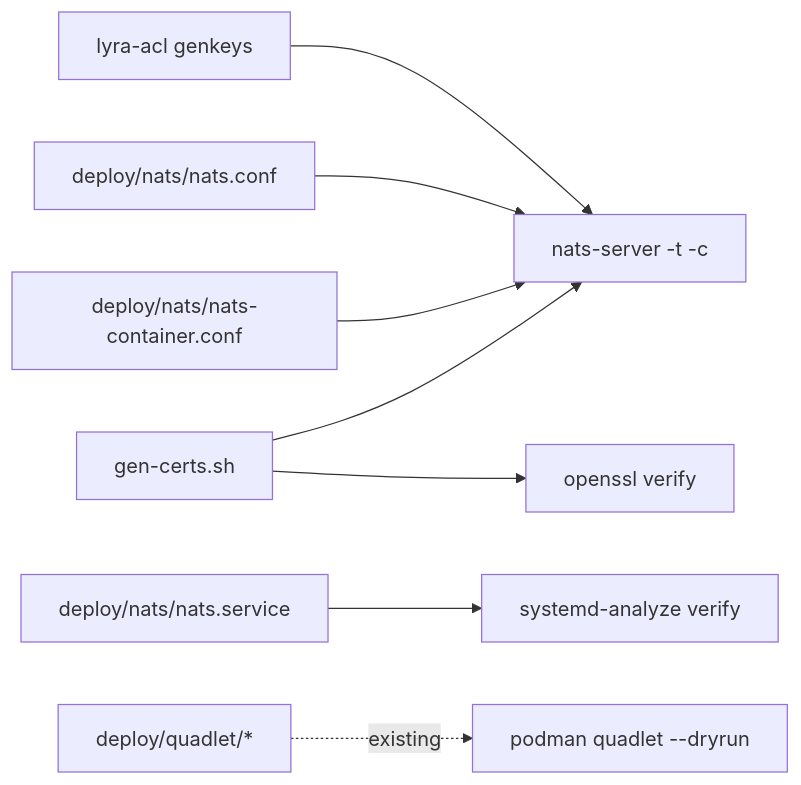
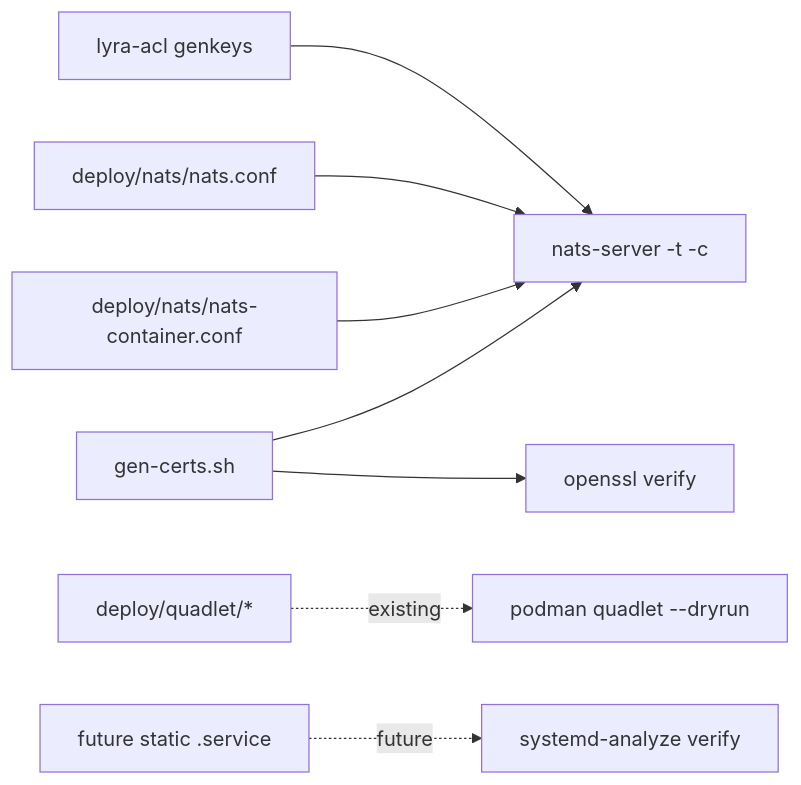
The diagram in artifacts/specs/1091-renderer-roundtrip-tests-spec.mdx (Roxabi/lyra), drawn with Mermaid before and after one commit. The commit also changed other lines of this file and 2 other files, not shown here.

First line of the commit message:
fix(scope): drop J4 systemd target; nats.service is retired (#1091)

````diff
--- a/artifacts/specs/1091-renderer-roundtrip-tests-spec.mdx
+++ b/artifacts/specs/1091-renderer-roundtrip-tests-spec.mdx
@@ -38,10 +38,10 @@
 ```mermaid
 flowchart LR
     R1[lyra-acl genkeys] --> N[nats-server -t -c]
     R2[deploy/nats/nats.conf] --> N
     R3[deploy/nats/nats-container.conf] --> N
     R4[gen-certs.sh] --> O[openssl verify]
     R4 --> N
-    R5[deploy/nats/nats.service] --> S[systemd-analyze verify]
-    R6[deploy/quadlet/*] -.existing.-> Q[podman quadlet --dryrun]
+    R5[deploy/quadlet/*] -.existing.-> Q[podman quadlet --dryrun]
+    R6[future static .service] -.future.-> S[systemd-analyze verify]
 ```
````
